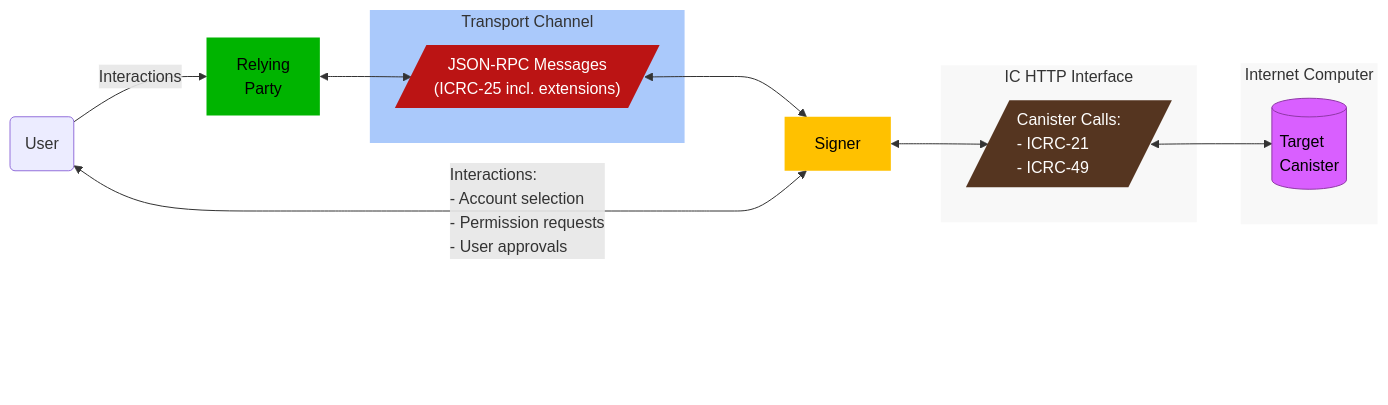
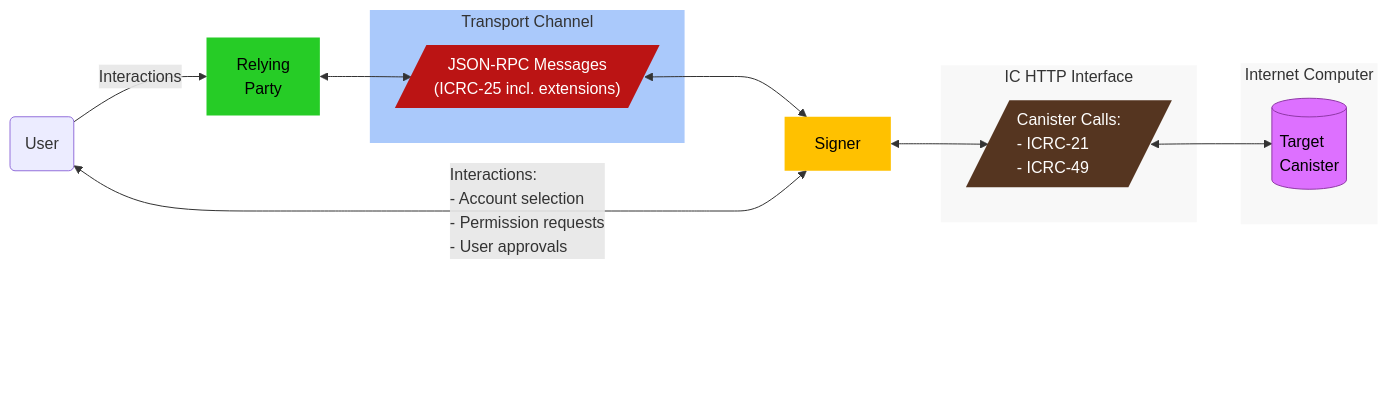
One commit to dfinity/wg-identity-authentication changed the diagram in topics/signer_standards_overview.md. Above: the diagram before and after it, drawn with Mermaid.

Commit message:
Update shape colors

````diff
--- a/topics/signer_standards_overview.md
+++ b/topics/signer_standards_overview.md
@@ -9,40 +9,40 @@
 ```mermaid
 graph LR
     RP[Relying<br>Party]
     User(User)
     Signer[Signer]
     Canister[(Target<br>Canister)]
     Messages[/"JSON-RPC Messages<br>(ICRC-25 incl. extensions)"/]
     Calls[/Canister Calls:<br>- ICRC-21<br>- ICRC-49/]
 
     subgraph Transport[Transport Channel]
         Messages
     end
 
     subgraph HTTP[IC HTTP Interface]
         Calls
     end
 
     subgraph IC[Internet Computer]
         Canister
     end
 
     RP <--> Messages <---> Signer
     Signer <--> Calls <--> Canister
     User <-- Interactions:<br>- Account selection<br>- Permission requests<br>- User approvals --> Signer
     User -- Interactions --> RP
     
     %% Padding so that GitHub controls don't overlap graph
     BottomPadding["<br><br><br><br><br><br>"]
     
-    style RP fill:#00b400,stroke:transparent,color:#000001
+    style RP fill:#26cc26,stroke:transparent,color:#000001
     style Transport fill:#025df255,stroke:transparent
     style Messages fill:#bb1414,stroke:transparent,color:#fffffe
     style Signer fill:#ffc100,stroke:transparent,color:#000001
     style HTTP fill:#cccccc22,stroke:transparent
     style IC fill:#cccccc22,stroke:transparent
     style Calls fill:#553520,text-align:left,stroke:transparent,color:#fffffe
-    style Canister fill:#d95fff,text-align:left,stroke:#8f38a7,color:#000001
+    style Canister fill:#dd70ff,text-align:left,stroke:#8f38a7,color:#000001
     style BottomPadding fill:transparent,stroke:transparent
     linkStyle 4 text-align:left
 ```
````
